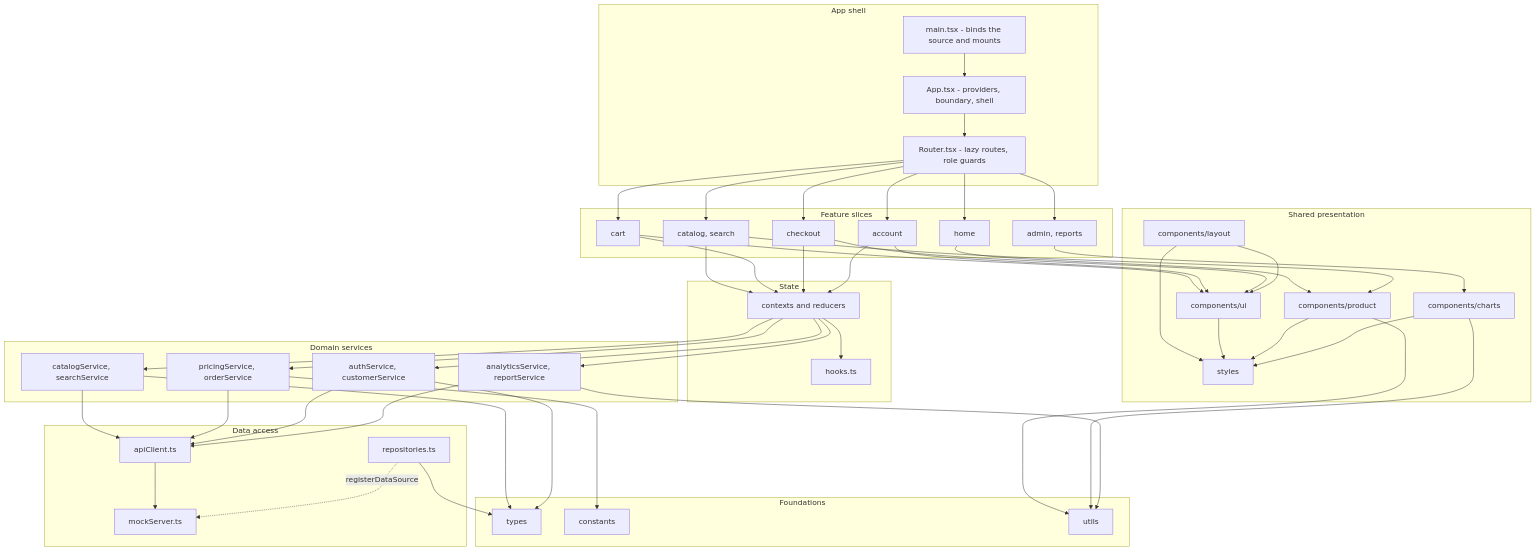
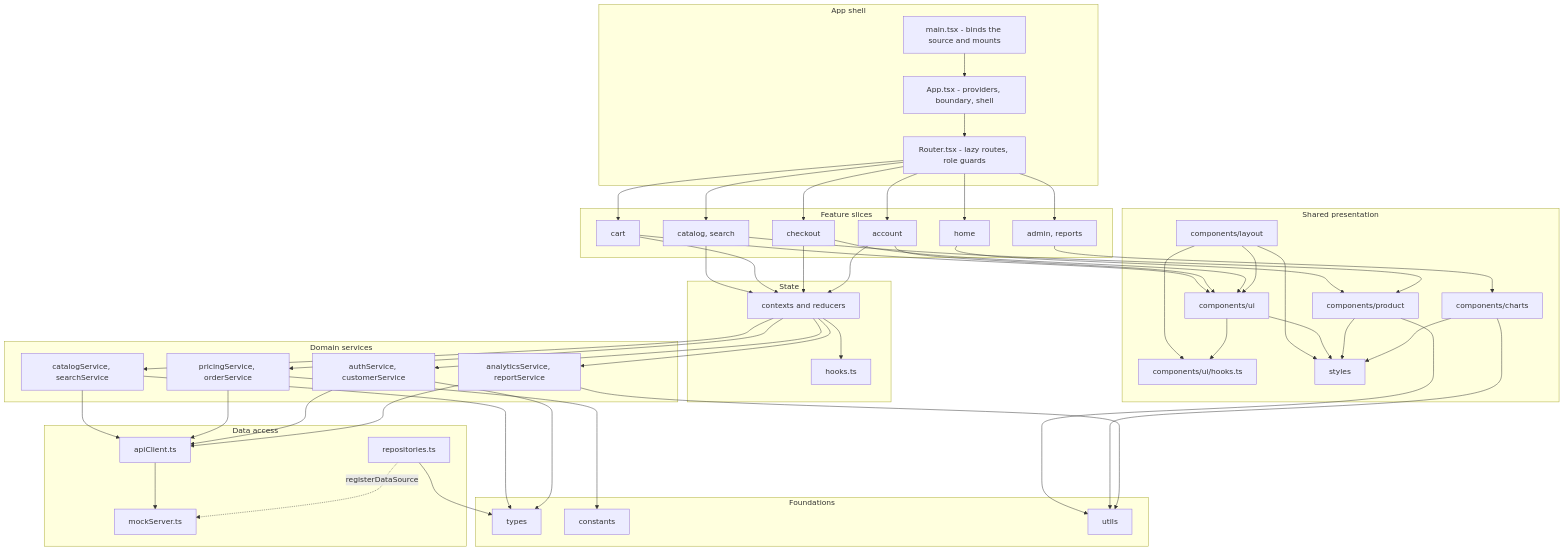
Before and after one commit to blitzy-build-in-public/17th-oct-project2-1c41818f: the first of 3 diagrams in docs/architecture.md, drawn with Mermaid. The commit also changed other lines of this file and 124 other files, not shown here.

```diff
--- a/docs/architecture.md
+++ b/docs/architecture.md
@@ -74,6 +78,7 @@
         SharedHooks["hooks.ts"]
     end
     subgraph SharedUi["Shared presentation"]
+        UiHooks["components/ui/hooks.ts"]
         LayoutComp["components/layout"]
         UiPrimitives["components/ui"]
         ProductComp["components/product"]
@@ -121,6 +126,8 @@
     ProviderSet --> IdentitySvc
     ProviderSet --> InsightSvc
     LayoutComp --> UiPrimitives
+    LayoutComp --> UiHooks
+    UiPrimitives --> UiHooks
     LayoutComp --> TokensCss
     UiPrimitives --> TokensCss
     ProductComp --> TokensCss
```
